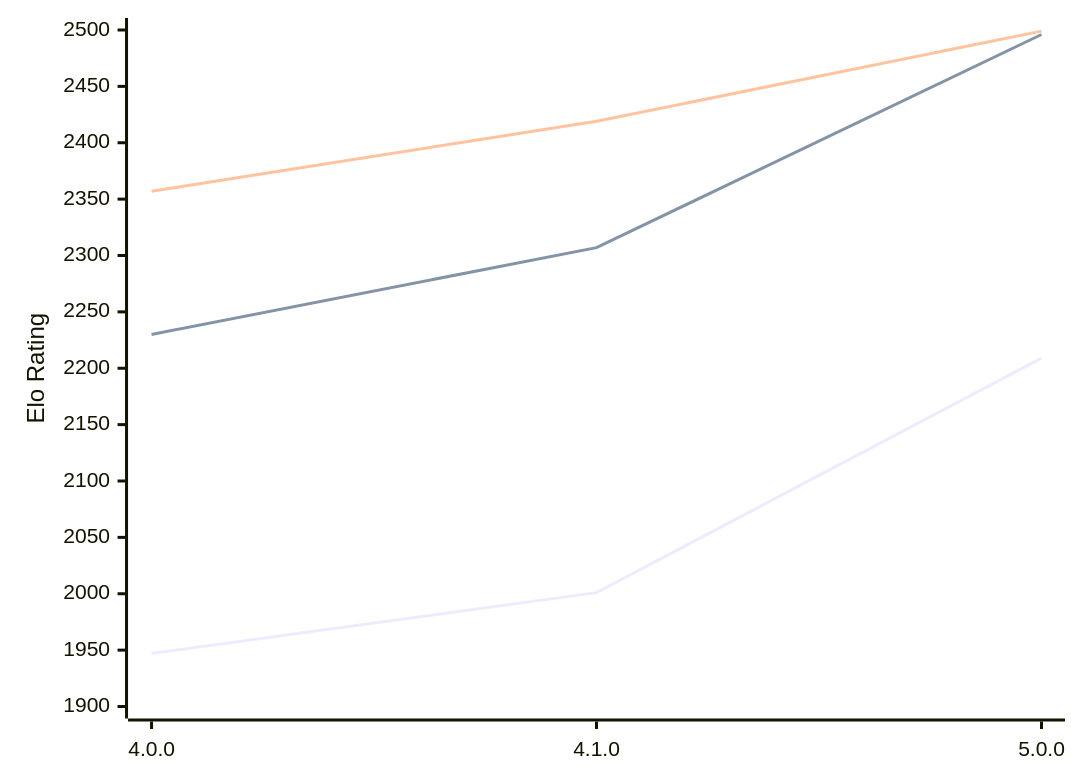
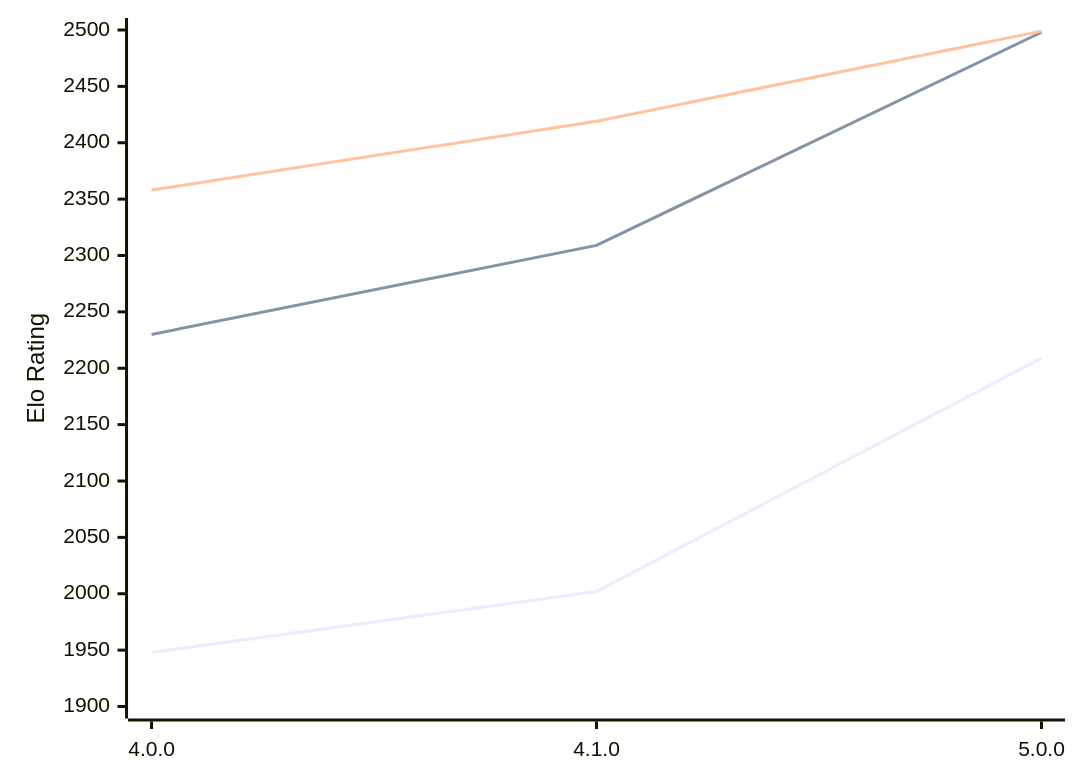
Before and after one commit to computer-chess-index/cci: the diagram in engines/Aconcagua.md, drawn with Mermaid. The commit also changed other lines of this file, not shown here.

Commit message:
Update CCI Ratings (ELO VLTC) - 2026-02-13

````diff
--- a/engines/Aconcagua.md
+++ b/engines/Aconcagua.md
@@ -39,9 +39,9 @@
 ```mermaid
 %%{init: {"theme":"base","themeVariables":{"seriesColors:['#a3a3a3','#222221','#faa371']}}}%%
 xychart-beta
   x-axis ["4.0.0", "4.1.0", "5.0.0"]
   y-axis "Elo Rating" 1900 --> 2500
-  line "STC (8.0+0.08s)" [1947, 2001, 2209]
-  line "LTC (60.0+0.60s)" [2230, 2307, 2496]
-  line "VLTC (2m24s+1.12s)" [2357, 2419, 2499]
+  line "STC (8.0+0.08s)" [1948, 2002, 2209]
+  line "LTC (60.0+0.60s)" [2230, 2309, 2498]
+  line "VLTC (2m24s+1.12s)" [2358, 2419, 2499]
 ```
````
